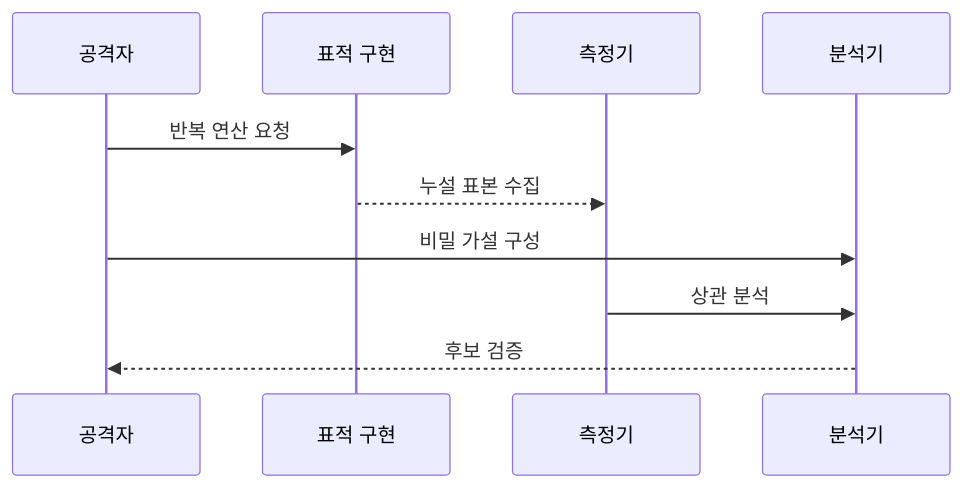
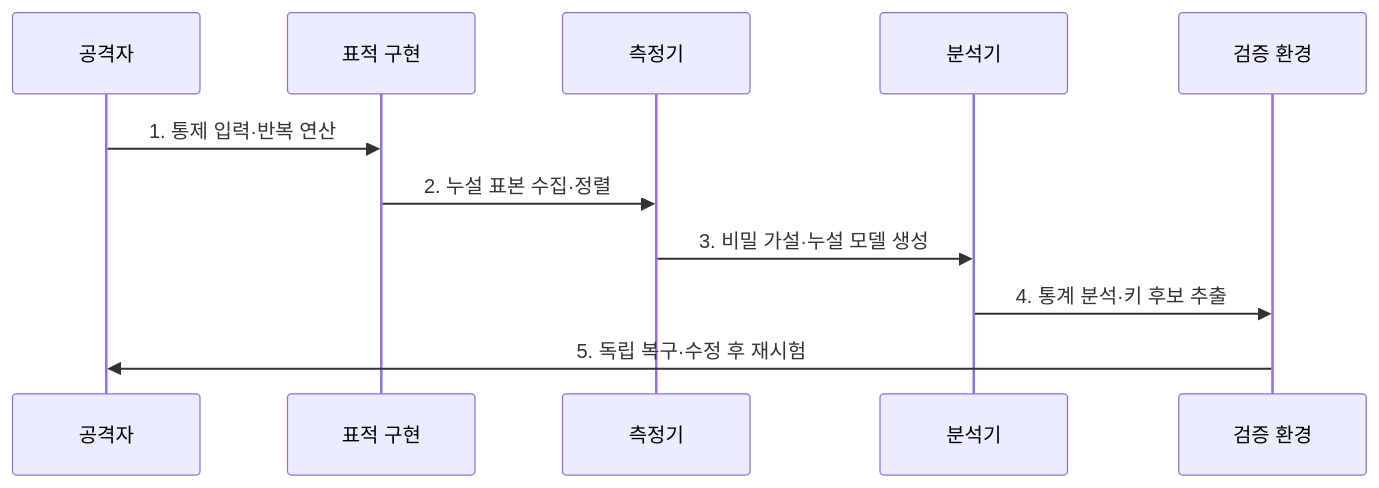
The second of 2 diagrams in src/content/docs/notes/05-security/130_side_channel_attack.md (agnusdei1207/knowledge-base), drawn with Mermaid before and after one commit. The commit also changed other lines of this file and 6 other files, not shown here.

````diff
--- a/src/content/docs/notes/05-security/130_side_channel_attack.md
+++ b/src/content/docs/notes/05-security/130_side_channel_attack.md
@@ -73,12 +80,13 @@
 ```mermaid
 sequenceDiagram
-    participant A as 공격자
-    participant T as 표적 구현
-    participant M as 측정기
-    participant N as 분석기
-    A->>T: 반복 연산 요청
-    T-->>M: 누설 표본 수집
-    A->>N: 비밀 가설 구성
-    M->>N: 상관 분석
-    N-->>A: 후보 검증
+  participant A as 공격자
+  participant T as 표적 구현
+  participant M as 측정기
+  participant N as 분석기
+  participant V as 검증 환경
+  A->>T: 1. 통제 입력·반복 연산
+  T->>M: 2. 누설 표본 수집·정렬
+  M->>N: 3. 비밀 가설·누설 모델 생성
+  N->>V: 4. 통계 분석·키 후보 추출
+  V->>A: 5. 독립 복구·수정 후 재시험
 ```
````
